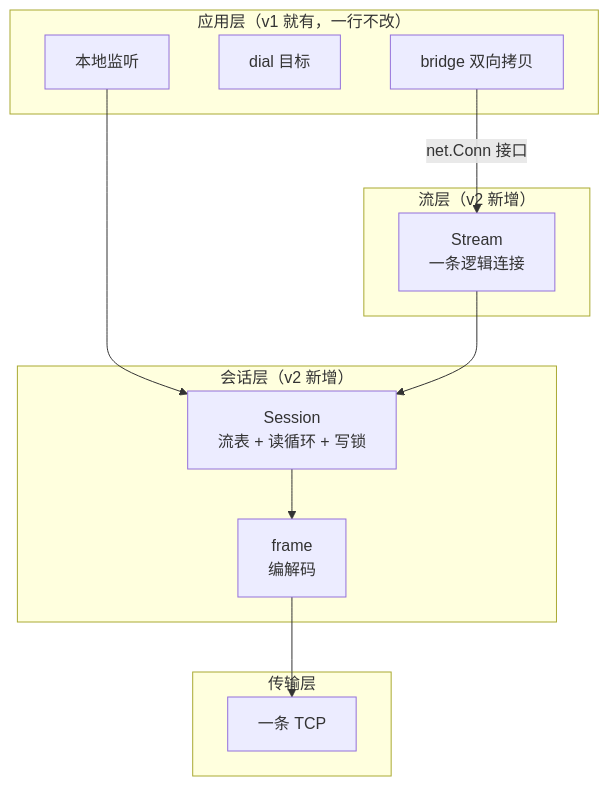
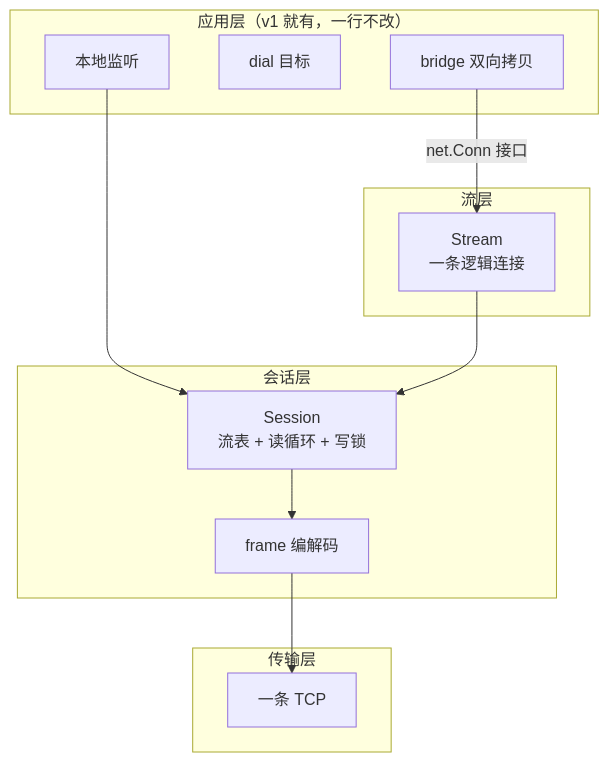
One commit to yiiewang/yiiewang.github.io changed the second of 5 diagrams in docs/blog/posts/2026/10/28.md. Above: the diagram before and after it, drawn with Mermaid. The commit also changed other lines of this file, not shown here.

````diff
--- a/docs/blog/posts/2026/10/28.md
+++ b/docs/blog/posts/2026/10/28.md
@@ -52,22 +87,22 @@
 ```mermaid
 flowchart TD
     subgraph APP["应用层（v1 就有，一行不改）"]
         A1["本地监听"]
         A2["dial 目标"]
         A3["bridge 双向拷贝"]
     end
-    subgraph FLOW["流层（v2 新增）"]
+    subgraph FLOW["流层"]
         F1["Stream<br/>一条逻辑连接"]
     end
-    subgraph SESS["会话层（v2 新增）"]
+    subgraph SESS["会话层"]
         S1["Session<br/>流表 + 读循环 + 写锁"]
-        S2["frame<br/>编解码"]
+        S2["frame 编解码"]
     end
     subgraph TRANS["传输层"]
         T1["一条 TCP"]
     end
     A3 -->|"net.Conn 接口"| F1
     A1 --> S1
     F1 --> S1
     S1 --> S2 --> T1
 ```
````
